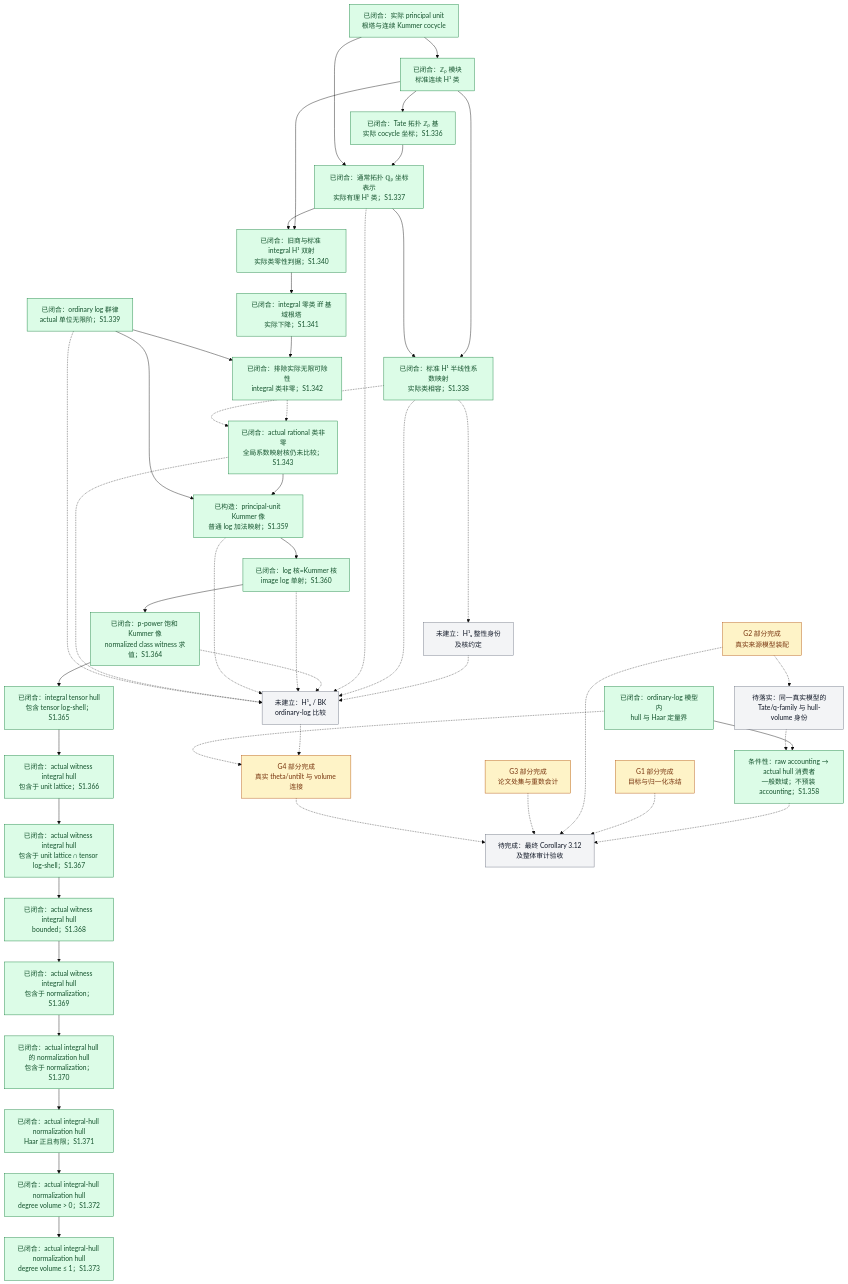
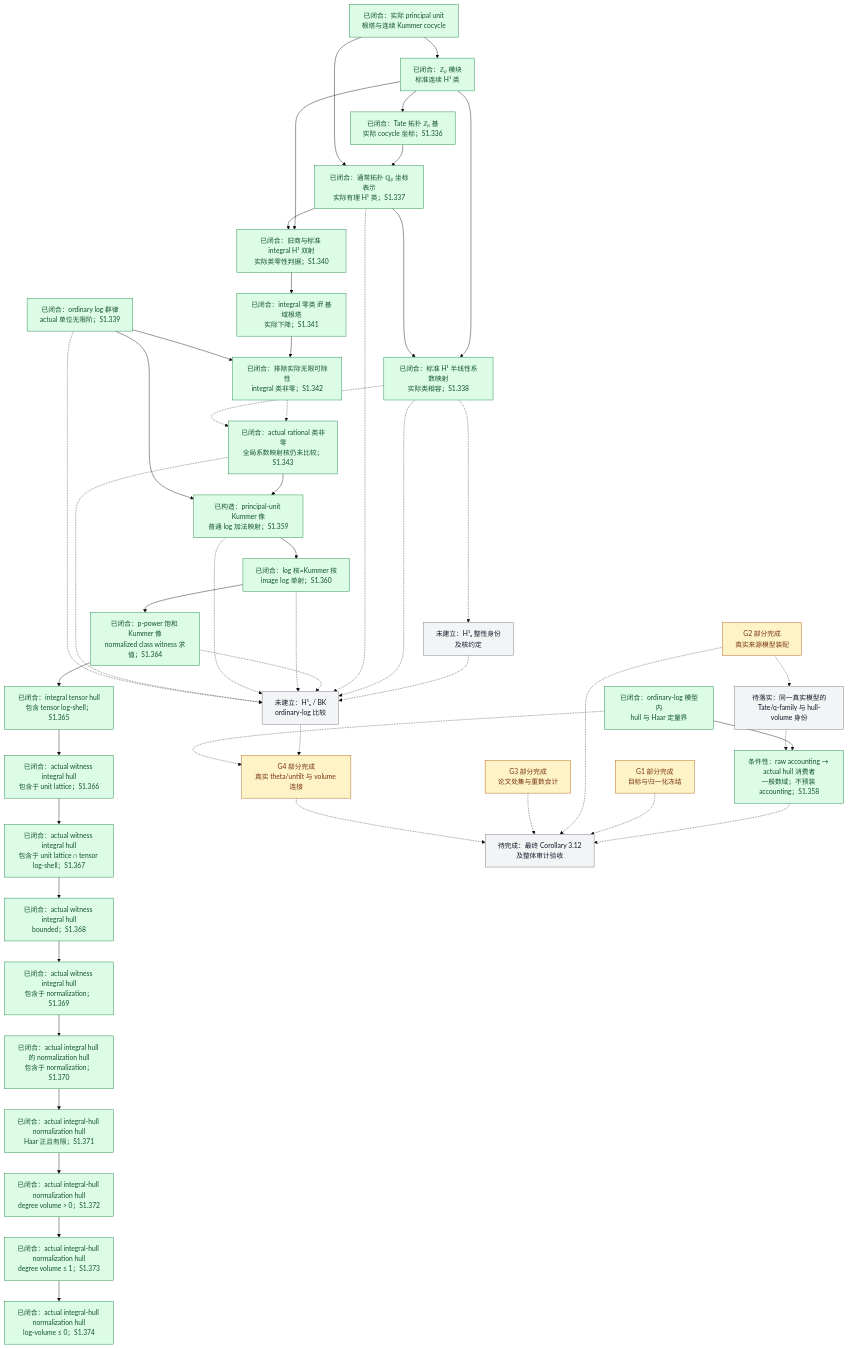
The diagram in docs/Scene1进度总览.md (Ember-Institute/KirtiJoshi-abc), drawn with Mermaid (base theme) before and after one commit. The commit also changed other lines of this file and 4 other files, not shown here.

Commit message:
Record S1.374 actual log sign

```diff
--- a/docs/Scene1进度总览.md
+++ b/docs/Scene1进度总览.md
@@ -96,6 +96,7 @@
     HV["已闭合：actual integral-hull normalization hull<br/>Haar 正且有限；S1.371"]
     VP["已闭合：actual integral-hull normalization hull<br/>degree volume > 0；S1.372"]
     VU["已闭合：actual integral-hull normalization hull<br/>degree volume ≤ 1；S1.373"]
+    VL["已闭合：actual integral-hull normalization hull<br/>log-volume ≤ 0；S1.374"]
     B["未建立：H¹ₑ / BK<br/>ordinary-log 比较"]
     H["已闭合：ordinary-log 模型内<br/>hull 与 Haar 定量界"]
     L["已闭合：ordinary log 群律<br/>actual 单位无限阶；S1.339"]
@@ -138,6 +139,7 @@
     TH --> HV
     HV --> VP
     VP --> VU
+    VU --> VL
     KK -.-> B
     KL -.-> B
     NQ -.-> B
@@ -159,7 +161,7 @@
     class K,Z,T,Q,H,I,L,C0,R0,N0 done;
     class G1,G2,G3,V partial;
     class J,B,C,VH open;
-    class RH,KS,TS,TU,TI,TB,TN,TH,HV,VP,VU done;
+    class RH,KS,TS,TU,TI,TB,TN,TH,HV,VP,VU,VL done;
     class KK done;
     class KL done;
     class NQ done;
```
